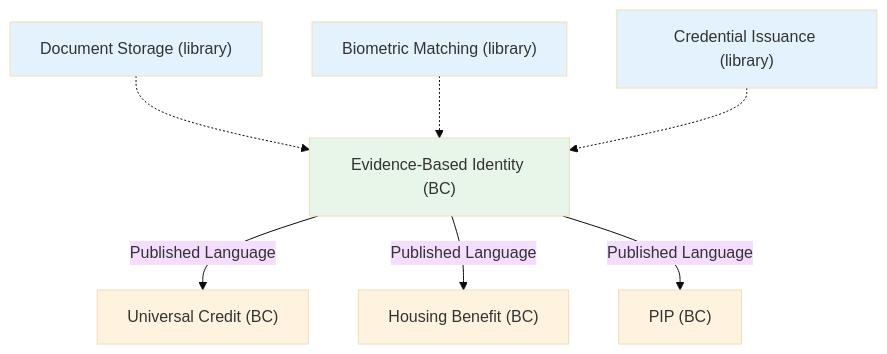
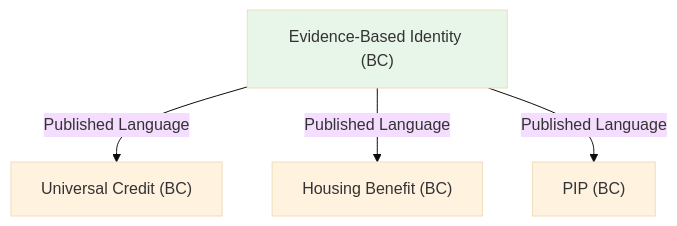
One commit to mrchughes/architecting-modern-government-services changed the third of 4 diagrams in Paper_2_Evidence_Based_Identity.md. Above: the diagram before and after it, drawn with Mermaid (base theme). The commit also changed other lines of this file and 1 other file, not shown here.

````diff
--- a/Paper_2_Evidence_Based_Identity.md
+++ b/Paper_2_Evidence_Based_Identity.md
@@ -607,27 +607,17 @@
 ```mermaid
 flowchart TB
     EBI["Evidence-Based Identity (BC)"]
     
     UC["Universal Credit (BC)"]
     HB["Housing Benefit (BC)"]
     PIP["PIP (BC)"]
     
-    DOC["Document Storage (library)"]
-    BIO["Biometric Matching (library)"]
-    CRED["Credential Issuance (library)"]
-    
     EBI -->|"Published Language"| UC
     EBI -->|"Published Language"| HB
     EBI -->|"Published Language"| PIP
-    DOC -.-> EBI
-    BIO -.-> EBI
-    CRED -.-> EBI
     
     style EBI fill:#e8f5e9
     style UC fill:#fff3e0
     style HB fill:#fff3e0
     style PIP fill:#fff3e0
-    style DOC fill:#e3f2fd
-    style BIO fill:#e3f2fd
-    style CRED fill:#e3f2fd
 ```
````
